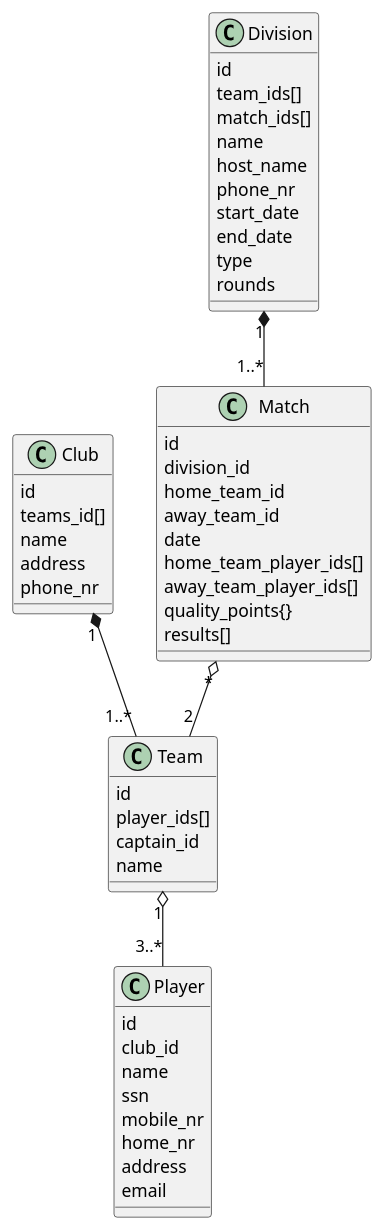
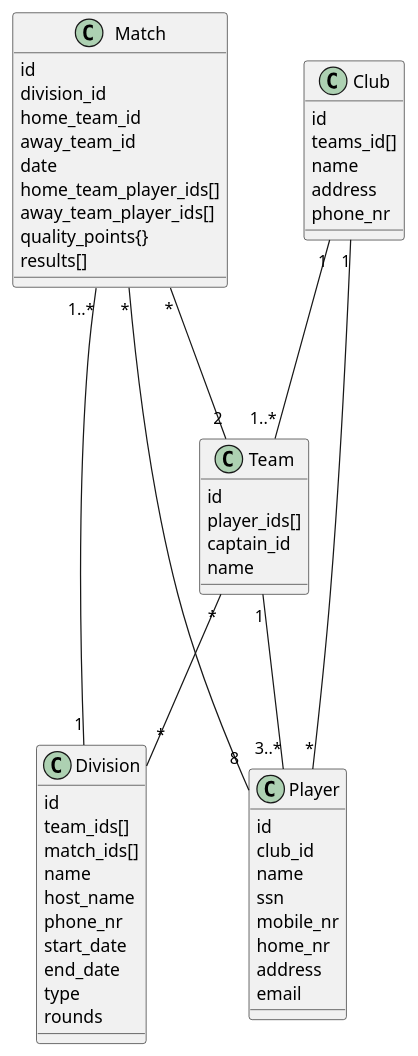
Before and after one commit to StankWizardLizard/VNL1-2022-HOPUR-28: the diagram in Honnun/ClassDiagram/model_classes.puml, drawn with PlantUML. The commit also changed 4 other files, not shown here.

```diff
--- a/Honnun/ClassDiagram/model_classes.puml
+++ b/Honnun/ClassDiagram/model_classes.puml
@@ -1,57 +1,59 @@
 @startuml lol
 
 
-Team "1" o-- "3..*" Player
-Club "1" *-- "1..*" Team 
-Match "*" o-- "2" Team 
-Division "1" *-- "1..*" Match  
-
+Match "*"---"8" Player
+Team "1" --- "3..*" Player
+Club "1" --- "1..*" Team 
+Match "*" --- "2" Team 
+Division "1" -- "1..*" Match  
+Club "1" ---"*" Player
+Team "*"---"*" Division
 
 class Player {
     id 
     club_id
     name 
     ssn
     mobile_nr
     home_nr
     address
     email
 }
 class Club {
     id
     teams_id[]
     name
     address
     phone_nr
 }
 class Team {
     id
     player_ids[]
     captain_id
     name
 }
 class Division {
     id
     team_ids[]
     match_ids[]
     name
     host_name
     phone_nr
     start_date
     end_date
     type
     rounds
 }
 class Match {
     id
     division_id
     home_team_id
     away_team_id
     date
     home_team_player_ids[]
     away_team_player_ids[]
     quality_points{}
     results[]
 }
 
 @enduml
```
